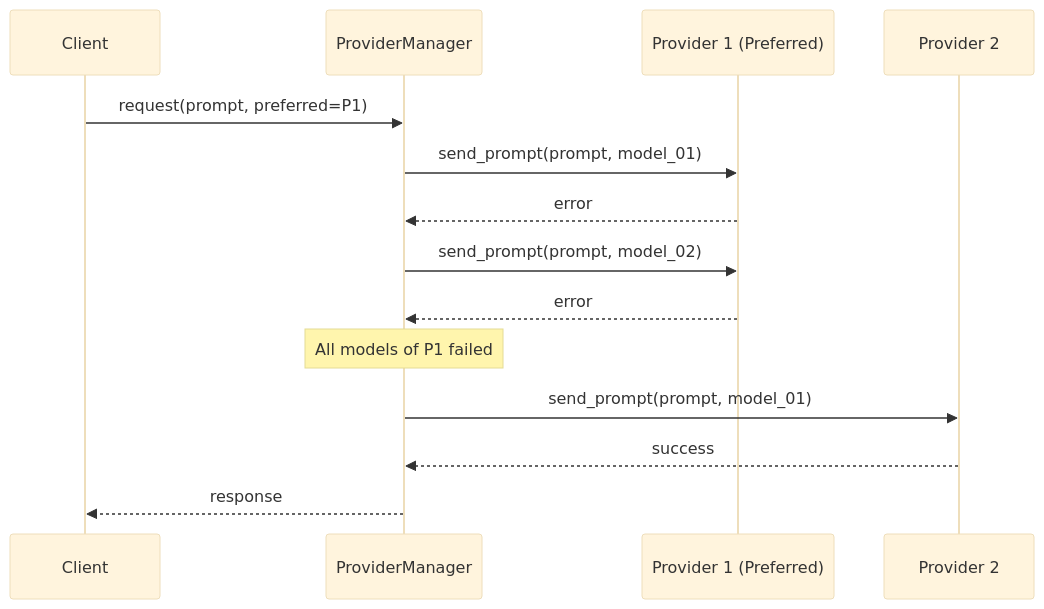
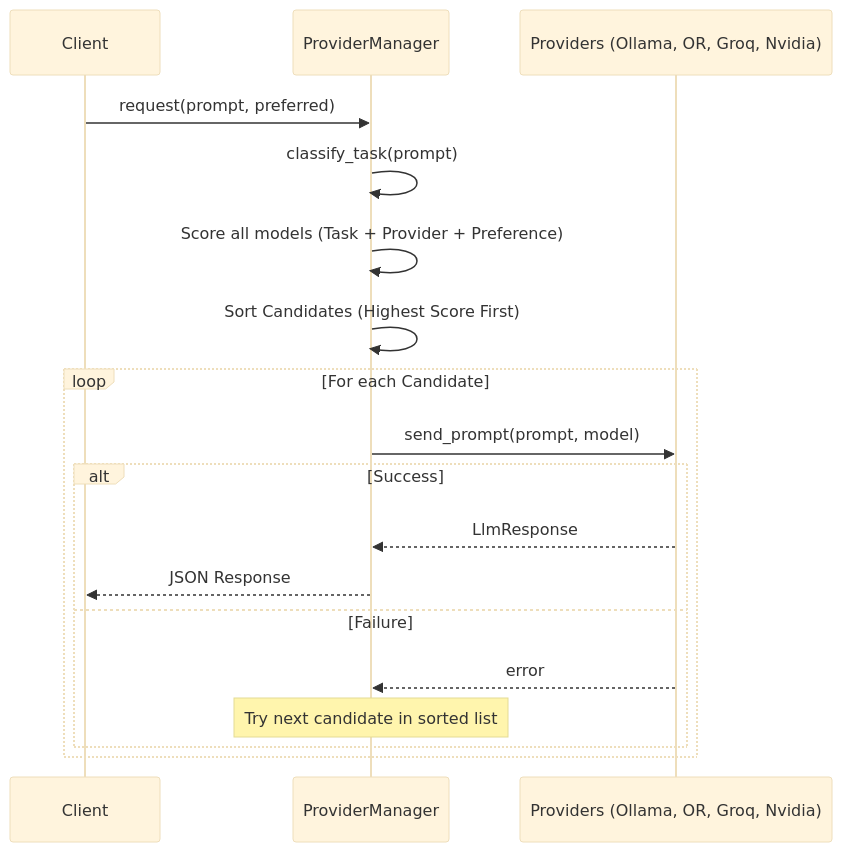
One commit to Zheng-Bote/ai_txt-system changed the third of 3 diagrams in docs/architecture/overview.md. Above: the diagram before and after it, drawn with Mermaid (base theme). The commit also changed other lines of this file and 14 other files, not shown here.

````diff
--- a/docs/architecture/overview.md
+++ b/docs/architecture/overview.md
@@ -69,17 +94,22 @@
 ```mermaid
 sequenceDiagram
     participant C as Client
     participant PM as ProviderManager
-    participant P1 as Provider 1 (Preferred)
-    participant P2 as Provider 2
+    participant P as Providers (Ollama, OR, Groq, Nvidia)
     
-    C->>PM: request(prompt, preferred=P1)
-    PM->>P1: send_prompt(prompt, model_01)
-    P1-->>PM: error
-    PM->>P1: send_prompt(prompt, model_02)
-    P1-->>PM: error
-    Note over PM: All models of P1 failed
-    PM->>P2: send_prompt(prompt, model_01)
-    P2-->>PM: success
-    PM-->>C: response
+    C->>PM: request(prompt, preferred)
+    PM->>PM: classify_task(prompt)
+    PM->>PM: Score all models (Task + Provider + Preference)
+    PM->>PM: Sort Candidates (Highest Score First)
+    
+    loop For each Candidate
+        PM->>P: send_prompt(prompt, model)
+        alt Success
+            P-->>PM: LlmResponse
+            PM-->>C: JSON Response
+        else Failure
+            P-->>PM: error
+            Note over PM: Try next candidate in sorted list
+        end
+    end
 ```
````
